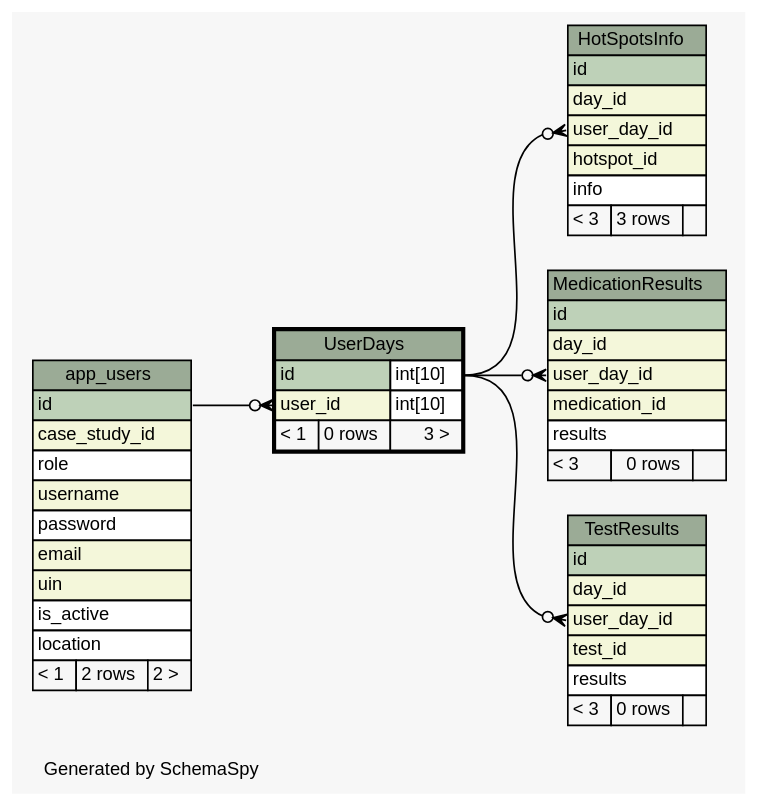
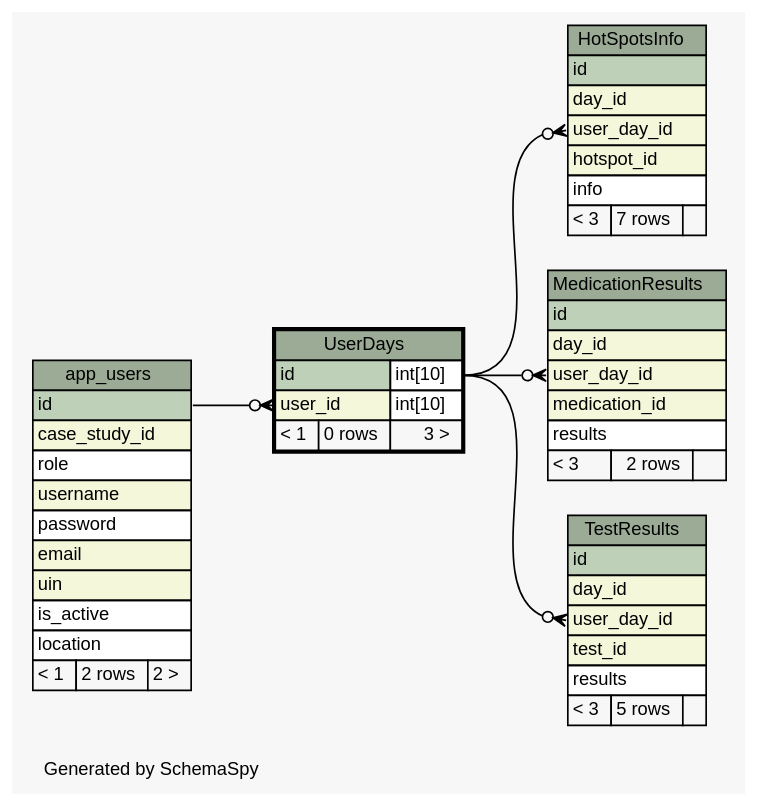
The diagram in web/files/schema/diagrams/UserDays.1degree.dot (carrel2/CaseStudies), drawn with Graphviz before and after one commit. The commit also changed 206 other files, not shown here.

```diff
--- a/web/files/schema/diagrams/UserDays.1degree.dot
+++ b/web/files/schema/diagrams/UserDays.1degree.dot
@@ -1,97 +1,97 @@
-// dot 2.38.0 on Linux 4.4.0-72-generic
+// dot 2.38.0 on Linux 4.4.0-77-generic
 // SchemaSpy rev 590
 digraph "oneDegreeRelationshipsDiagram" {
   graph [
     rankdir="RL"
     bgcolor="#f7f7f7"
     label="\nGenerated by SchemaSpy"
     labeljust="l"
     nodesep="0.18"
     ranksep="0.46"
     fontname="Helvetica"
     fontsize="11"
   ];
   node [
     fontname="Helvetica"
     fontsize="11"
     shape="plaintext"
   ];
   edge [
     arrowsize="0.8"
   ];
   "HotSpotsInfo":"user_day_id":w -> "UserDays":"id.type":e [arrowhead=none dir=back arrowtail=crowodot];
   "MedicationResults":"user_day_id":w -> "UserDays":"id.type":e [arrowhead=none dir=back arrowtail=crowodot];
   "TestResults":"user_day_id":w -> "UserDays":"id.type":e [arrowhead=none dir=back arrowtail=crowodot];
   "UserDays":"user_id":w -> "app_users":"id":e [arrowhead=none dir=back arrowtail=crowodot];
   "app_users" [
     label=<
     <TABLE BORDER="0" CELLBORDER="1" CELLSPACING="0" BGCOLOR="#ffffff">
       <TR><TD COLSPAN="3" BGCOLOR="#9bab96" ALIGN="CENTER">app_users</TD></TR>
       <TR><TD PORT="id" COLSPAN="3" BGCOLOR="#bed1b8" ALIGN="LEFT">id</TD></TR>
       <TR><TD PORT="case_study_id" COLSPAN="3" BGCOLOR="#f4f7da" ALIGN="LEFT">case_study_id</TD></TR>
       <TR><TD PORT="role" COLSPAN="3" ALIGN="LEFT">role</TD></TR>
       <TR><TD PORT="username" COLSPAN="3" BGCOLOR="#f4f7da" ALIGN="LEFT">username</TD></TR>
       <TR><TD PORT="password" COLSPAN="3" ALIGN="LEFT">password</TD></TR>
       <TR><TD PORT="email" COLSPAN="3" BGCOLOR="#f4f7da" ALIGN="LEFT">email</TD></TR>
       <TR><TD PORT="uin" COLSPAN="3" BGCOLOR="#f4f7da" ALIGN="LEFT">uin</TD></TR>
       <TR><TD PORT="is_active" COLSPAN="3" ALIGN="LEFT">is_active</TD></TR>
       <TR><TD PORT="location" COLSPAN="3" ALIGN="LEFT">location</TD></TR>
       <TR><TD ALIGN="LEFT" BGCOLOR="#f7f7f7">&lt; 1</TD><TD ALIGN="RIGHT" BGCOLOR="#f7f7f7">2 rows</TD><TD ALIGN="RIGHT" BGCOLOR="#f7f7f7">2 &gt;</TD></TR>
     </TABLE>>
     URL="app_users.html"
     tooltip="app_users"
   ];
   "HotSpotsInfo" [
     label=<
     <TABLE BORDER="0" CELLBORDER="1" CELLSPACING="0" BGCOLOR="#ffffff">
       <TR><TD COLSPAN="3" BGCOLOR="#9bab96" ALIGN="CENTER">HotSpotsInfo</TD></TR>
       <TR><TD PORT="id" COLSPAN="3" BGCOLOR="#bed1b8" ALIGN="LEFT">id</TD></TR>
       <TR><TD PORT="day_id" COLSPAN="3" BGCOLOR="#f4f7da" ALIGN="LEFT">day_id</TD></TR>
       <TR><TD PORT="user_day_id" COLSPAN="3" BGCOLOR="#f4f7da" ALIGN="LEFT">user_day_id</TD></TR>
       <TR><TD PORT="hotspot_id" COLSPAN="3" BGCOLOR="#f4f7da" ALIGN="LEFT">hotspot_id</TD></TR>
       <TR><TD PORT="info" COLSPAN="3" ALIGN="LEFT">info</TD></TR>
-      <TR><TD ALIGN="LEFT" BGCOLOR="#f7f7f7">&lt; 3</TD><TD ALIGN="RIGHT" BGCOLOR="#f7f7f7">3 rows</TD><TD ALIGN="RIGHT" BGCOLOR="#f7f7f7">  </TD></TR>
+      <TR><TD ALIGN="LEFT" BGCOLOR="#f7f7f7">&lt; 3</TD><TD ALIGN="RIGHT" BGCOLOR="#f7f7f7">7 rows</TD><TD ALIGN="RIGHT" BGCOLOR="#f7f7f7">  </TD></TR>
     </TABLE>>
     URL="HotSpotsInfo.html"
     tooltip="HotSpotsInfo"
   ];
   "MedicationResults" [
     label=<
     <TABLE BORDER="0" CELLBORDER="1" CELLSPACING="0" BGCOLOR="#ffffff">
       <TR><TD COLSPAN="3" BGCOLOR="#9bab96" ALIGN="CENTER">MedicationResults</TD></TR>
       <TR><TD PORT="id" COLSPAN="3" BGCOLOR="#bed1b8" ALIGN="LEFT">id</TD></TR>
       <TR><TD PORT="day_id" COLSPAN="3" BGCOLOR="#f4f7da" ALIGN="LEFT">day_id</TD></TR>
       <TR><TD PORT="user_day_id" COLSPAN="3" BGCOLOR="#f4f7da" ALIGN="LEFT">user_day_id</TD></TR>
       <TR><TD PORT="medication_id" COLSPAN="3" BGCOLOR="#f4f7da" ALIGN="LEFT">medication_id</TD></TR>
       <TR><TD PORT="results" COLSPAN="3" ALIGN="LEFT">results</TD></TR>
-      <TR><TD ALIGN="LEFT" BGCOLOR="#f7f7f7">&lt; 3</TD><TD ALIGN="RIGHT" BGCOLOR="#f7f7f7">0 rows</TD><TD ALIGN="RIGHT" BGCOLOR="#f7f7f7">  </TD></TR>
+      <TR><TD ALIGN="LEFT" BGCOLOR="#f7f7f7">&lt; 3</TD><TD ALIGN="RIGHT" BGCOLOR="#f7f7f7">2 rows</TD><TD ALIGN="RIGHT" BGCOLOR="#f7f7f7">  </TD></TR>
     </TABLE>>
     URL="MedicationResults.html"
     tooltip="MedicationResults"
   ];
   "TestResults" [
     label=<
     <TABLE BORDER="0" CELLBORDER="1" CELLSPACING="0" BGCOLOR="#ffffff">
       <TR><TD COLSPAN="3" BGCOLOR="#9bab96" ALIGN="CENTER">TestResults</TD></TR>
       <TR><TD PORT="id" COLSPAN="3" BGCOLOR="#bed1b8" ALIGN="LEFT">id</TD></TR>
       <TR><TD PORT="day_id" COLSPAN="3" BGCOLOR="#f4f7da" ALIGN="LEFT">day_id</TD></TR>
       <TR><TD PORT="user_day_id" COLSPAN="3" BGCOLOR="#f4f7da" ALIGN="LEFT">user_day_id</TD></TR>
       <TR><TD PORT="test_id" COLSPAN="3" BGCOLOR="#f4f7da" ALIGN="LEFT">test_id</TD></TR>
       <TR><TD PORT="results" COLSPAN="3" ALIGN="LEFT">results</TD></TR>
-      <TR><TD ALIGN="LEFT" BGCOLOR="#f7f7f7">&lt; 3</TD><TD ALIGN="RIGHT" BGCOLOR="#f7f7f7">0 rows</TD><TD ALIGN="RIGHT" BGCOLOR="#f7f7f7">  </TD></TR>
+      <TR><TD ALIGN="LEFT" BGCOLOR="#f7f7f7">&lt; 3</TD><TD ALIGN="RIGHT" BGCOLOR="#f7f7f7">5 rows</TD><TD ALIGN="RIGHT" BGCOLOR="#f7f7f7">  </TD></TR>
     </TABLE>>
     URL="TestResults.html"
     tooltip="TestResults"
   ];
   "UserDays" [
     label=<
     <TABLE BORDER="2" CELLBORDER="1" CELLSPACING="0" BGCOLOR="#ffffff">
       <TR><TD COLSPAN="3" BGCOLOR="#9bab96" ALIGN="CENTER">UserDays</TD></TR>
       <TR><TD PORT="id" COLSPAN="2" BGCOLOR="#bed1b8" ALIGN="LEFT">id</TD><TD PORT="id.type" ALIGN="LEFT">int[10]</TD></TR>
       <TR><TD PORT="user_id" COLSPAN="2" BGCOLOR="#f4f7da" ALIGN="LEFT">user_id</TD><TD PORT="user_id.type" ALIGN="LEFT">int[10]</TD></TR>
       <TR><TD ALIGN="LEFT" BGCOLOR="#f7f7f7">&lt; 1</TD><TD ALIGN="RIGHT" BGCOLOR="#f7f7f7">0 rows</TD><TD ALIGN="RIGHT" BGCOLOR="#f7f7f7">3 &gt;</TD></TR>
     </TABLE>>
     URL="UserDays.html"
     tooltip="UserDays"
   ];
 }
```
